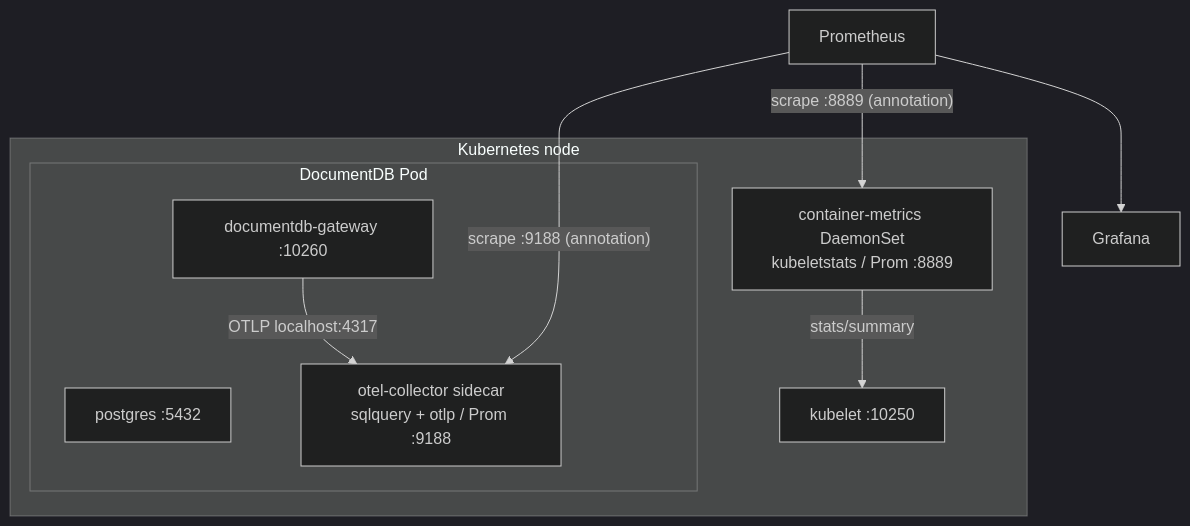
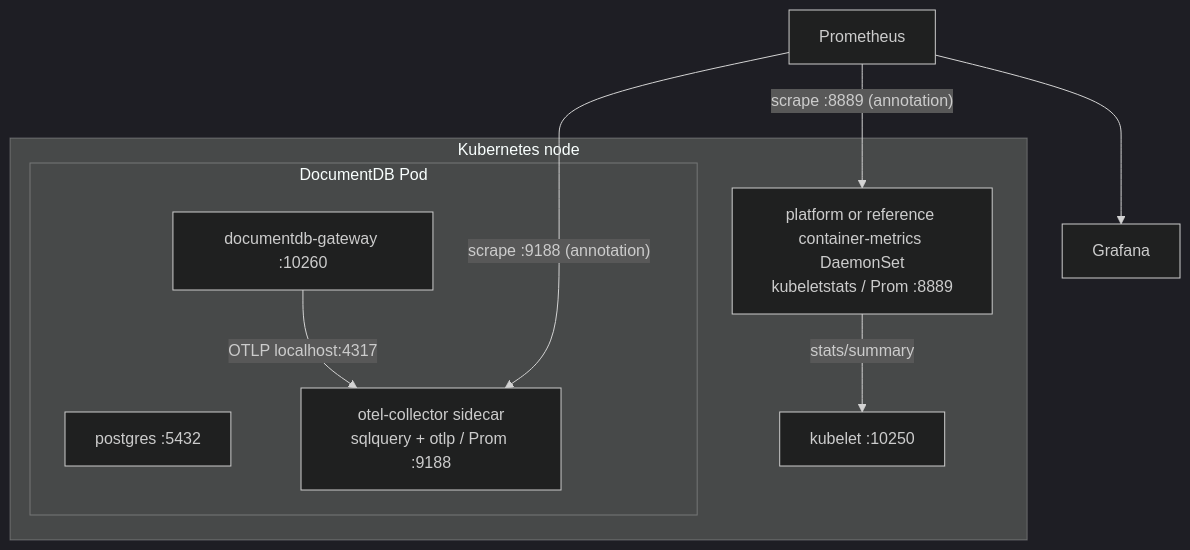
Before and after one commit to documentdb/documentdb-kubernetes-operator: the diagram in docs/operator-public-documentation/preview/monitoring/overview.md, drawn with Mermaid (dark theme). The commit also changed other lines of this file and 11 other files, not shown here.

Commit message:
feat(monitoring): move container metrics collector to playground reference

````diff
--- a/docs/operator-public-documentation/preview/monitoring/overview.md
+++ b/docs/operator-public-documentation/preview/monitoring/overview.md
@@ -29,20 +29,20 @@
 ```mermaid
 graph TB
     subgraph node["Kubernetes node"]
         subgraph pod["DocumentDB Pod"]
             pg["postgres :5432"]
             gw["documentdb-gateway :10260"]
             otel["otel-collector sidecar<br/>sqlquery + otlp / Prom :9188"]
         end
         kubelet["kubelet :10250"]
-        ds["container-metrics DaemonSet<br/>kubeletstats / Prom :8889"]
+        ds["platform or reference container-metrics DaemonSet<br/>kubeletstats / Prom :8889"]
         gw -- "OTLP localhost:4317" --> otel
         ds -- "stats/summary" --> kubelet
     end
 
     prom["Prometheus"]
     grafana["Grafana"]
     prom -- "scrape :9188 (annotation)" --> otel
     prom -- "scrape :8889 (annotation)" --> ds
     prom --> grafana
 ```
````
